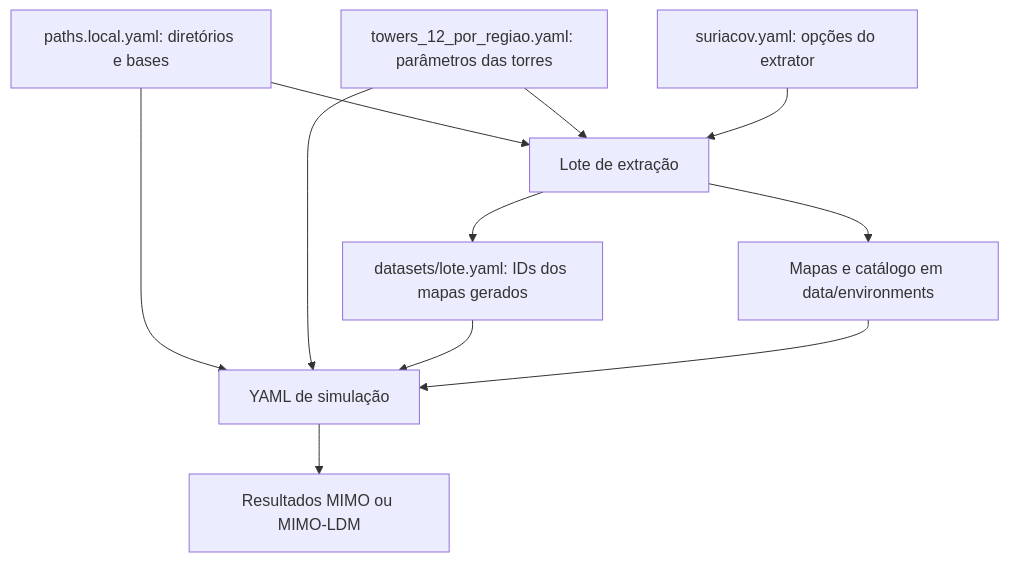
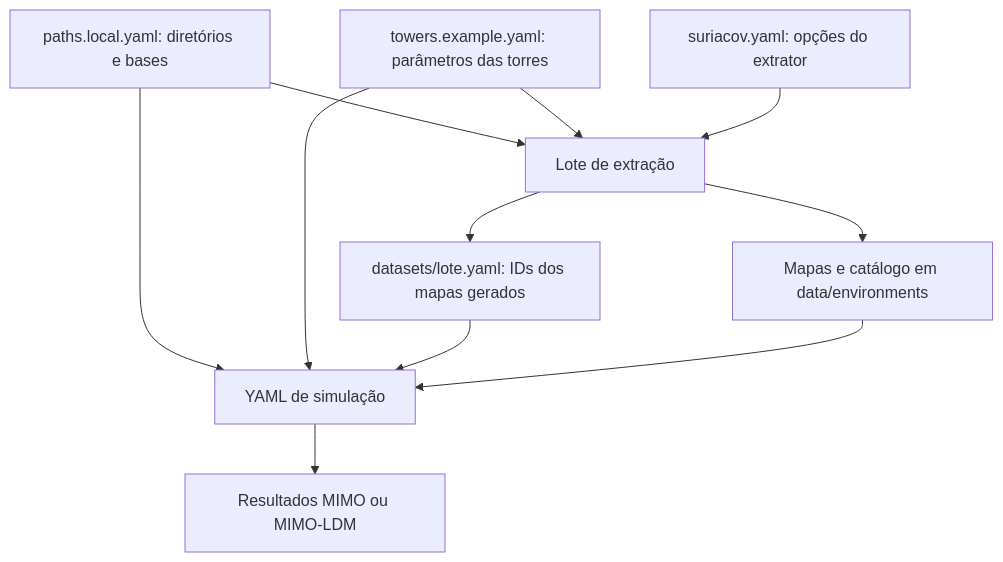
The diagram in GUIA_CONFIGURACAO_E_EXECUCAO.md (Joao-Henrique-Barbosa/Capacity-TV3), drawn with Mermaid before and after one commit. The commit also changed other lines of this file and 45 other files, not shown here.

````diff
--- a/GUIA_CONFIGURACAO_E_EXECUCAO.md
+++ b/GUIA_CONFIGURACAO_E_EXECUCAO.md
@@ -91,13 +91,13 @@
 ```mermaid
 flowchart TD
     P[paths.local.yaml: diretórios e bases] --> E[Lote de extração]
-    T[towers_12_por_regiao.yaml: parâmetros das torres] --> E
+    T[towers.example.yaml: parâmetros das torres] --> E
     S[suriacov.yaml: opções do extrator] --> E
     E --> M[Mapas e catálogo em data/environments]
     E --> D[datasets/lote.yaml: IDs dos mapas gerados]
     P --> C[YAML de simulação]
     T --> C
     D --> C
     M --> C
     C --> R[Resultados MIMO ou MIMO-LDM]
 ```
````
